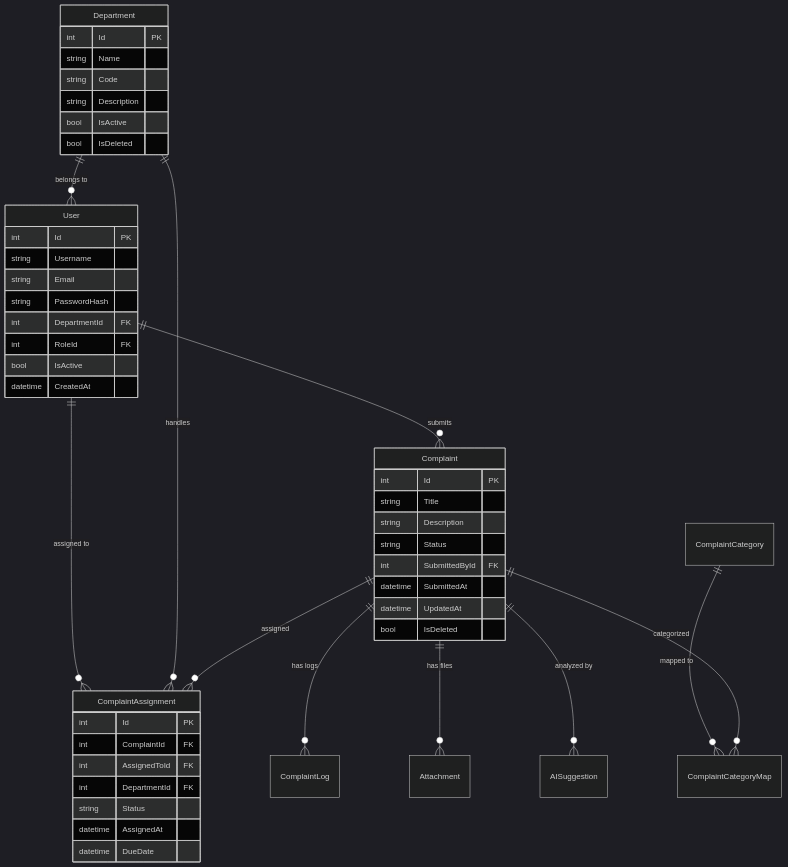
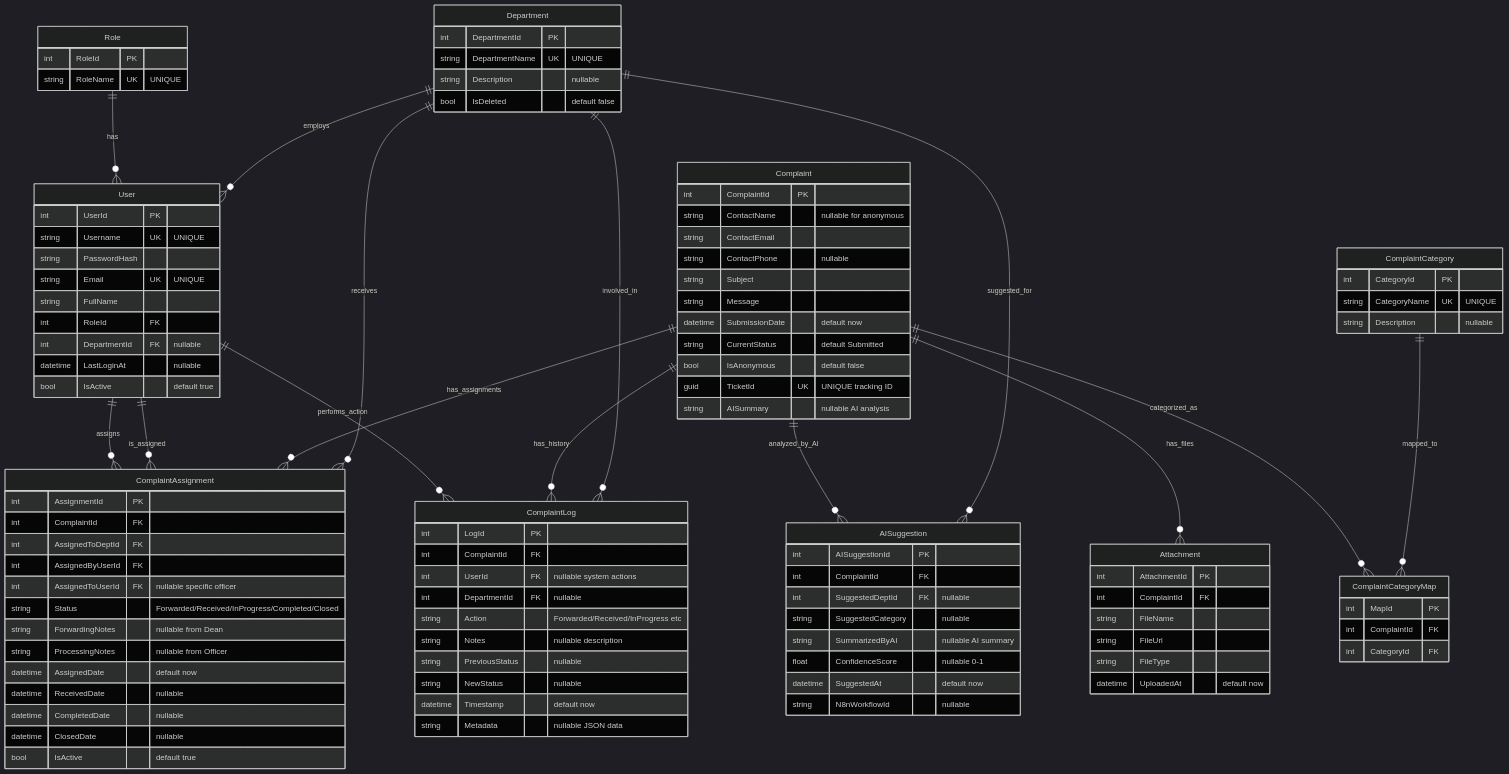
Before and after one commit to hamhapichai/CMS-KPRU: the third of 4 diagrams in README.md, drawn with Mermaid (dark theme). The commit also changed other lines of this file, not shown here.

````diff
--- a/README.md
+++ b/README.md
@@ -354,54 +350,124 @@
 ```mermaid
 erDiagram
-    User ||--o{ Complaint : submits
-    User ||--o{ ComplaintAssignment : "assigned to"
-    Department ||--o{ ComplaintAssignment : "handles"
-    Department ||--o{ User : "belongs to"
-    Complaint ||--o{ ComplaintAssignment : "assigned"
-    Complaint ||--o{ ComplaintLog : "has logs"
-    Complaint ||--o{ Attachment : "has files"
-    Complaint ||--o{ AISuggestion : "analyzed by"
-    ComplaintCategory ||--o{ ComplaintCategoryMap : "mapped to"
-    Complaint ||--o{ ComplaintCategoryMap : "categorized"
+    %% Core entities relationships
+    Role ||--o{ User : "has"
+    Department ||--o{ User : "employs"
+    User ||--o{ ComplaintAssignment : "assigns"
+    User ||--o{ ComplaintAssignment : "is_assigned"
+    User ||--o{ ComplaintLog : "performs_action"
+    
+    %% Complaint related relationships
+    Complaint ||--o{ ComplaintAssignment : "has_assignments"
+    Complaint ||--o{ ComplaintLog : "has_history"
+    Complaint ||--o{ Attachment : "has_files"
+    Complaint ||--o{ AISuggestion : "analyzed_by_AI"
+    Complaint ||--o{ ComplaintCategoryMap : "categorized_as"
+    
+    %% Department assignments
+    Department ||--o{ ComplaintAssignment : "receives"
+    Department ||--o{ AISuggestion : "suggested_for"
+    Department ||--o{ ComplaintLog : "involved_in"
+    
+    %% Category mapping
+    ComplaintCategory ||--o{ ComplaintCategoryMap : "mapped_to"
+    
+    %% Entity definitions with actual database fields
+    Role {
+        int RoleId PK
+        string RoleName UK "UNIQUE"
+    }
+    
+    Department {
+        int DepartmentId PK
+        string DepartmentName UK "UNIQUE"
+        string Description "nullable"
+        bool IsDeleted "default false"
+    }
     
     User {
-        int Id PK
-        string Username
-        string Email
+        int UserId PK
+        string Username UK "UNIQUE"
         string PasswordHash
-        int DepartmentId FK
+        string Email UK "UNIQUE"
+        string FullName
         int RoleId FK
-        bool IsActive
-        datetime CreatedAt
+        int DepartmentId FK "nullable"
+        datetime LastLoginAt "nullable"
+        bool IsActive "default true"
     }
     
     Complaint {
-        int Id PK
-        string Title
-        string Description
-        string Status
-        int SubmittedById FK
-        datetime SubmittedAt
-        datetime UpdatedAt
-        bool IsDeleted
-    }
-    
-    Department {
-        int Id PK
-        string Name
-        string Code
-        string Description
-        bool IsActive
-        bool IsDeleted
+        int ComplaintId PK
+        string ContactName "nullable for anonymous"
+        string ContactEmail
+        string ContactPhone "nullable"
+        string Subject
+        string Message
+        datetime SubmissionDate "default now"
+        string CurrentStatus "default Submitted"
+        bool IsAnonymous "default false"
+        guid TicketId UK "UNIQUE tracking ID"
+        string AISummary "nullable AI analysis"
     }
     
     ComplaintAssignment {
-        int Id PK
+        int AssignmentId PK
         int ComplaintId FK
-        int AssignedToId FK
-        int DepartmentId FK
-        string Status
-        datetime AssignedAt
-        datetime DueDate
+        int AssignedToDeptId FK
+        int AssignedByUserId FK
+        int AssignedToUserId FK "nullable specific officer"
+        string Status "Forwarded/Received/InProgress/Completed/Closed"
+        string ForwardingNotes "nullable from Dean"
+        string ProcessingNotes "nullable from Officer"
+        datetime AssignedDate "default now"
+        datetime ReceivedDate "nullable"
+        datetime CompletedDate "nullable"
+        datetime ClosedDate "nullable"
+        bool IsActive "default true"
+    }
+    
+    ComplaintLog {
+        int LogId PK
+        int ComplaintId FK
+        int UserId FK "nullable system actions"
+        int DepartmentId FK "nullable"
+        string Action "Forwarded/Received/InProgress etc"
+        string Notes "nullable description"
+        string PreviousStatus "nullable"
+        string NewStatus "nullable"
+        datetime Timestamp "default now"
+        string Metadata "nullable JSON data"
+    }
+    
+    Attachment {
+        int AttachmentId PK
+        int ComplaintId FK
+        string FileName
+        string FileUrl
+        string FileType
+        datetime UploadedAt "default now"
+    }
+    
+    AISuggestion {
+        int AISuggestionId PK
+        int ComplaintId FK
+        int SuggestedDeptId FK "nullable"
+        string SuggestedCategory "nullable"
+        string SummarizedByAI "nullable AI summary"
+        float ConfidenceScore "nullable 0-1"
+        datetime SuggestedAt "default now"
+        string N8nWorkflowId "nullable"
+    }
+    
+    ComplaintCategory {
+        int CategoryId PK
+        string CategoryName UK "UNIQUE"
+        string Description "nullable"
+    }
+    
+    ComplaintCategoryMap {
+        int MapId PK
+        int ComplaintId FK
+        int CategoryId FK
     }
 ```
````
